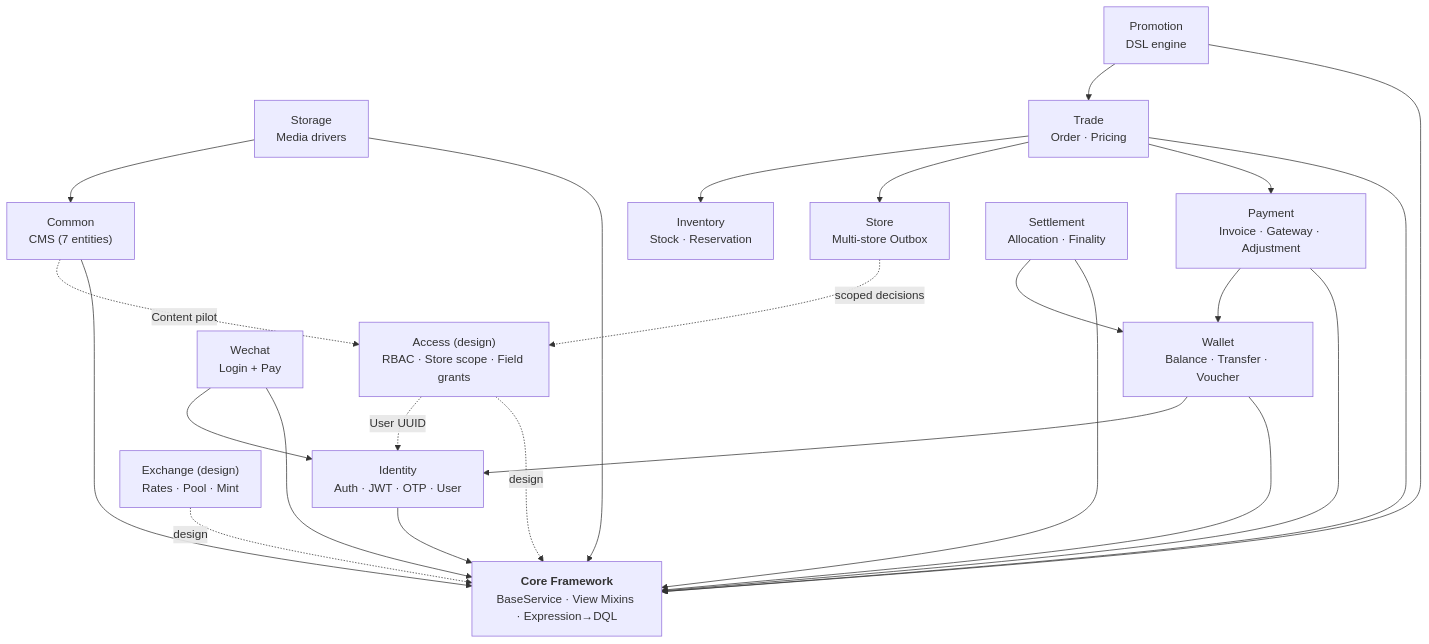
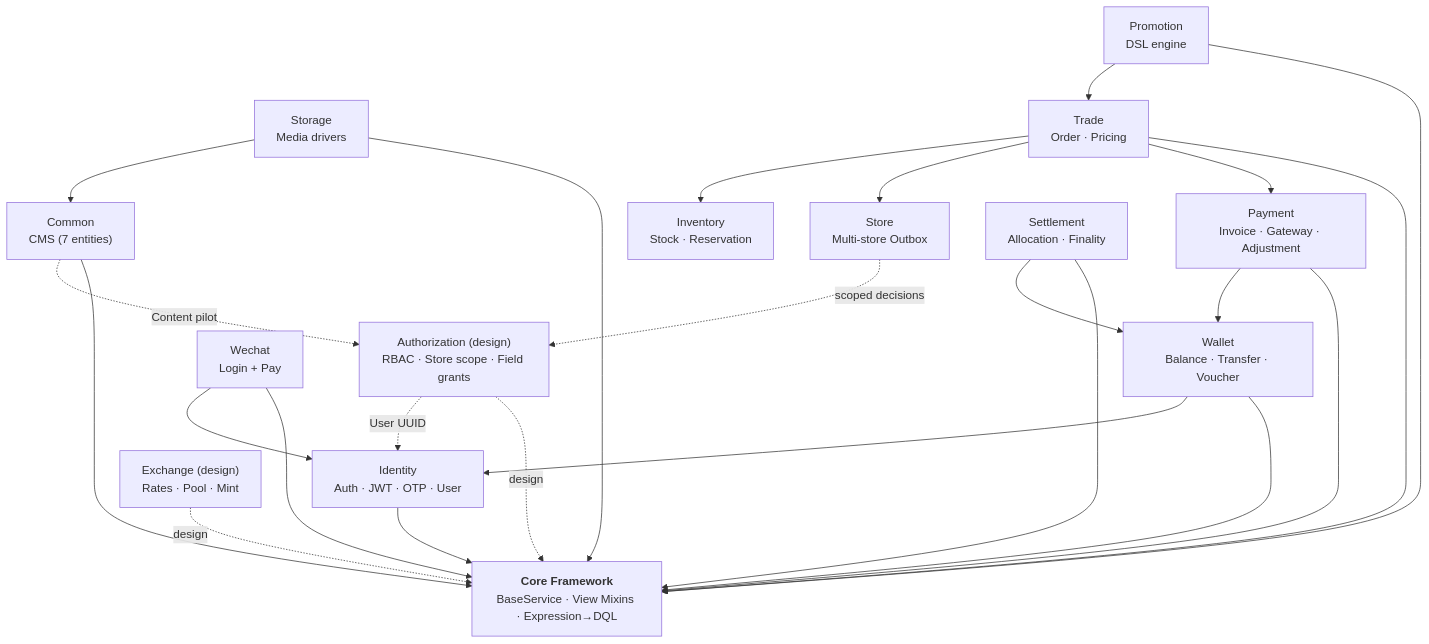
The first of 3 diagrams in README.md (dream-studio-china/edc-online-membership), drawn with Mermaid before and after one commit. The commit also changed other lines of this file and 4 other files, not shown here.

First line of the commit message:
refactor(docs): rename Access bundle to Authorization

````diff
--- a/README.md
+++ b/README.md
@@ -13,42 +13,42 @@
 ```mermaid
 flowchart TB
     Core["<b>Core Framework</b><br/>BaseService · View Mixins · Expression→DQL"]
 
     Identity["Identity<br/>Auth · JWT · OTP · User"]
-    Access["Access (design)<br/>RBAC · Store scope · Field grants"]
+    Authorization["Authorization (design)<br/>RBAC · Store scope · Field grants"]
     Common["Common<br/>CMS (7 entities)"]
     Storage["Storage<br/>Media drivers"]
     Wechat["Wechat<br/>Login + Pay"]
     Wallet["Wallet<br/>Balance · Transfer · Voucher"]
     Payment["Payment<br/>Invoice · Gateway · Adjustment"]
     Trade["Trade<br/>Order · Pricing"]
     Store["Store<br/>Multi-store Outbox"]
     Inventory["Inventory<br/>Stock · Reservation"]
     Promotion["Promotion<br/>DSL engine"]
     Settlement["Settlement<br/>Allocation · Finality"]
     Exchange["Exchange (design)<br/>Rates · Pool · Mint"]
 
     Identity --> Core
-    Access -. "design" .-> Core
-    Access -. "User UUID" .-> Identity
+    Authorization -. "design" .-> Core
+    Authorization -. "User UUID" .-> Identity
     Common --> Core
     Storage --> Core
     Storage --> Common
     Wechat --> Core
     Wechat --> Identity
     Wallet --> Core
     Wallet --> Identity
     Payment --> Core
     Payment --> Wallet
     Trade --> Core
     Trade --> Payment
     Trade --> Store
     Trade --> Inventory
-    Store -. "scoped decisions" .-> Access
-    Common -. "Content pilot" .-> Access
+    Store -. "scoped decisions" .-> Authorization
+    Common -. "Content pilot" .-> Authorization
     Promotion --> Core
     Promotion --> Trade
     Settlement --> Core
     Settlement --> Wallet
     Exchange -. "design" .-> Core
 ```
````
